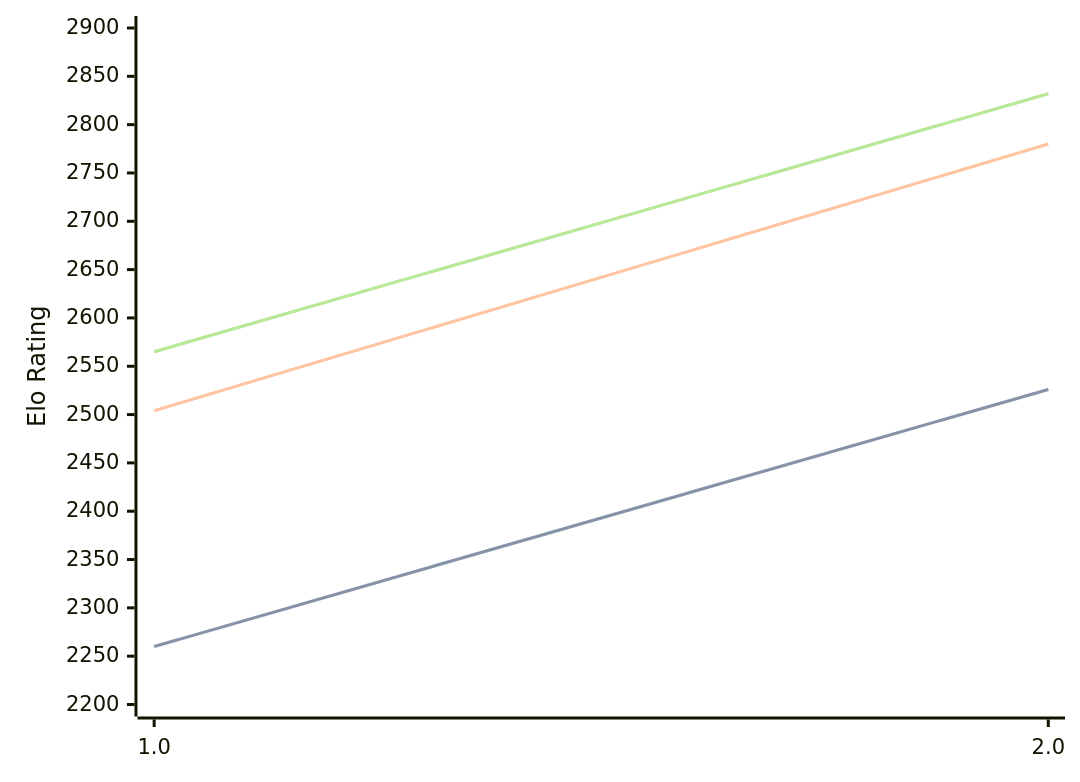
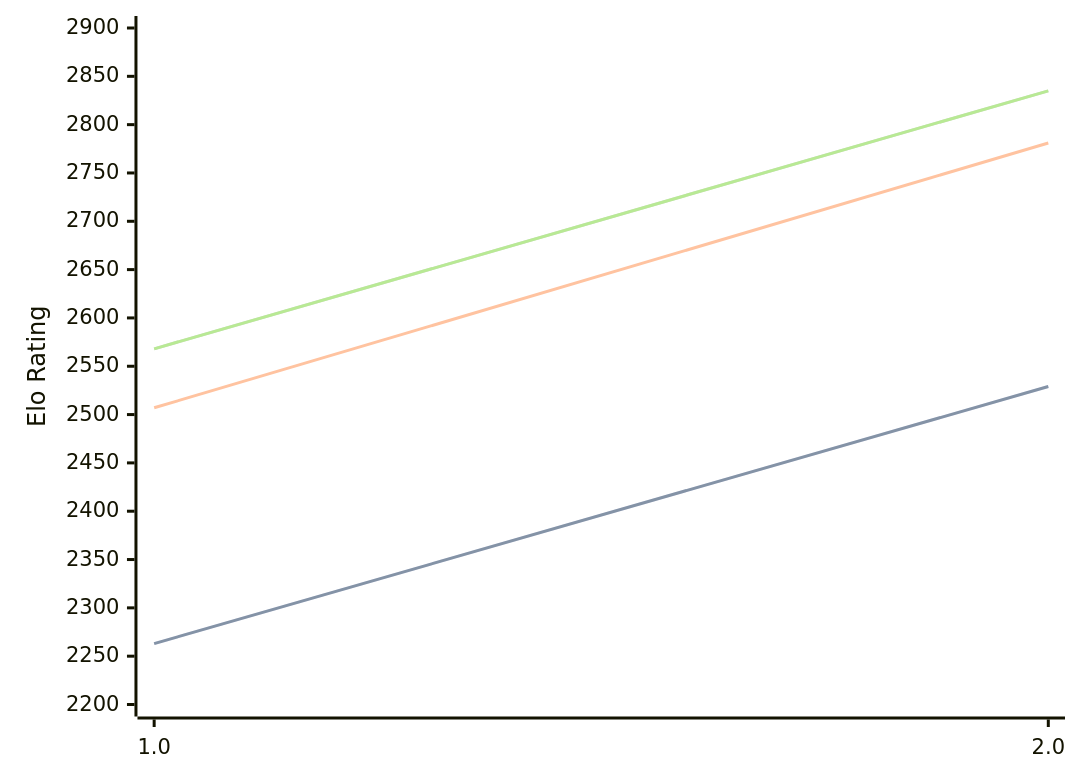
The diagram in engines/Revolver.md (computer-chess-index/cci), drawn with Mermaid before and after one commit. The commit also changed other lines of this file, not shown here.

Commit message:
Update CCI Ratings (ELO VLTC) - 2026-09-24

````diff
--- a/engines/Revolver.md
+++ b/engines/Revolver.md
@@ -32,11 +32,11 @@
 ```mermaid
 %%{init: {"theme":"base","themeVariables":{"seriesColors:['#a3a3a3','#222221','#faa371']}}}%%
 xychart-beta
   x-axis ["1.0", "2.0"]
   y-axis "Elo Rating" 2200 --> 2900
-  line "" [2260, 2526]
-  line "STC (8.0+0.08s)" [2260, 2526]
-  line "LTC (60.0+0.60s)" [2504, 2780]
-  line "" [2565, 2832]
-  line "VLTC (2m24s+1.12s)" [2565, 2832]
+  line "" [2263, 2529]
+  line "STC (8.0+0.08s)" [2263, 2529]
+  line "LTC (60.0+0.60s)" [2507, 2781]
+  line "" [2568, 2835]
+  line "VLTC (2m24s+1.12s)" [2568, 2835]
 ```
````
